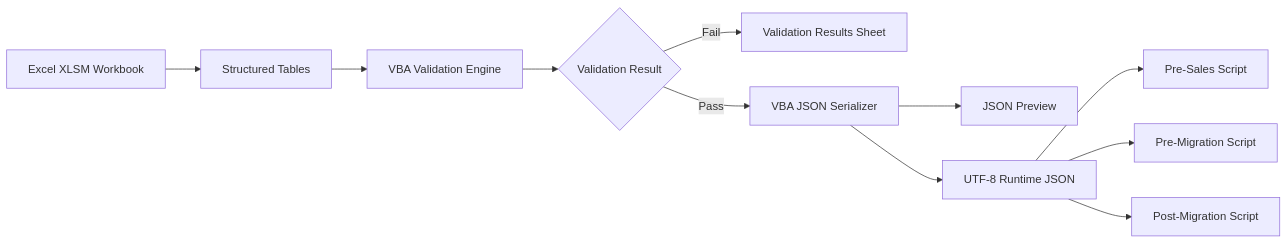
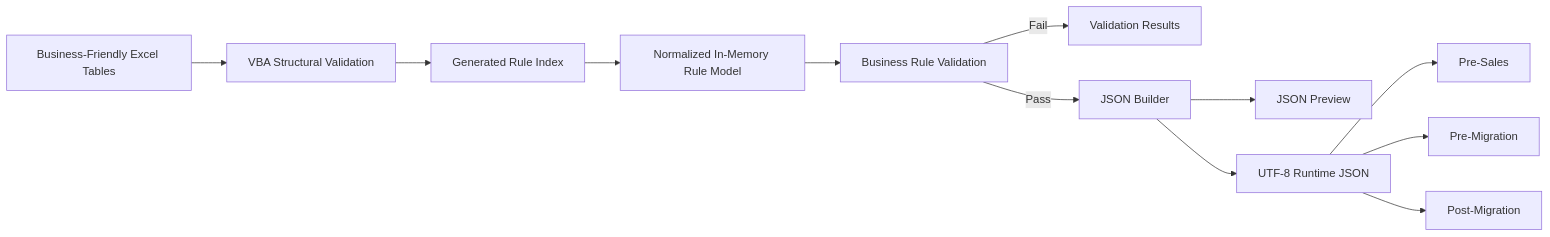
One commit to MightyM-ouse/eMAS changed the diagram in docs/configuration/02_eMAS_Mapping_Configuration_Technical_Requirements.md. Above: the diagram before and after it, drawn with Mermaid. The commit also changed other lines of this file, not shown here.

Commit message:
Restructure mapping technical requirements for normalized XLSM model

````diff
--- a/docs/configuration/02_eMAS_Mapping_Configuration_Technical_Requirements.md
+++ b/docs/configuration/02_eMAS_Mapping_Configuration_Technical_Requirements.md
@@ -23,13 +24,14 @@
 ```mermaid
 flowchart LR
-    A[Excel XLSM Workbook] --> B[Structured Tables]
-    B --> C[VBA Validation Engine]
-    C --> D{Validation Result}
-    D -->|Fail| E[Validation Results Sheet]
-    D -->|Pass| F[VBA JSON Serializer]
-    F --> G[JSON Preview]
-    F --> H[UTF-8 Runtime JSON]
-    H --> I[Pre-Sales Script]
-    H --> J[Pre-Migration Script]
-    H --> K[Post-Migration Script]
+    A[Business-Friendly Excel Tables] --> B[VBA Structural Validation]
+    B --> C[Generated Rule Index]
+    C --> D[Normalized In-Memory Rule Model]
+    D --> E[Business Rule Validation]
+    E -->|Fail| F[Validation Results]
+    E -->|Pass| G[JSON Builder]
+    G --> H[JSON Preview]
+    G --> I[UTF-8 Runtime JSON]
+    I --> J[Pre-Sales]
+    I --> K[Pre-Migration]
+    I --> L[Post-Migration]
 ```
````
